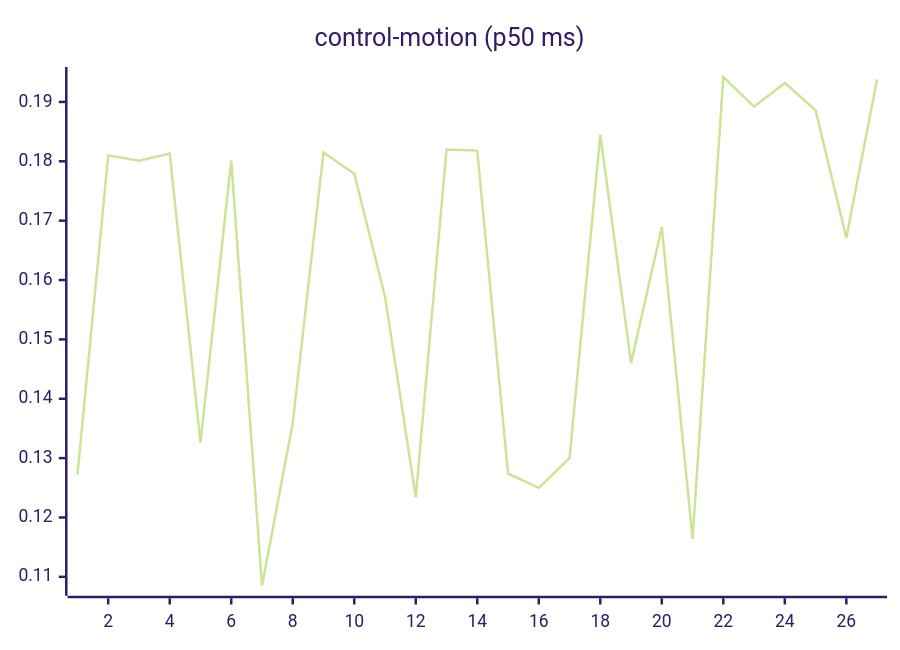
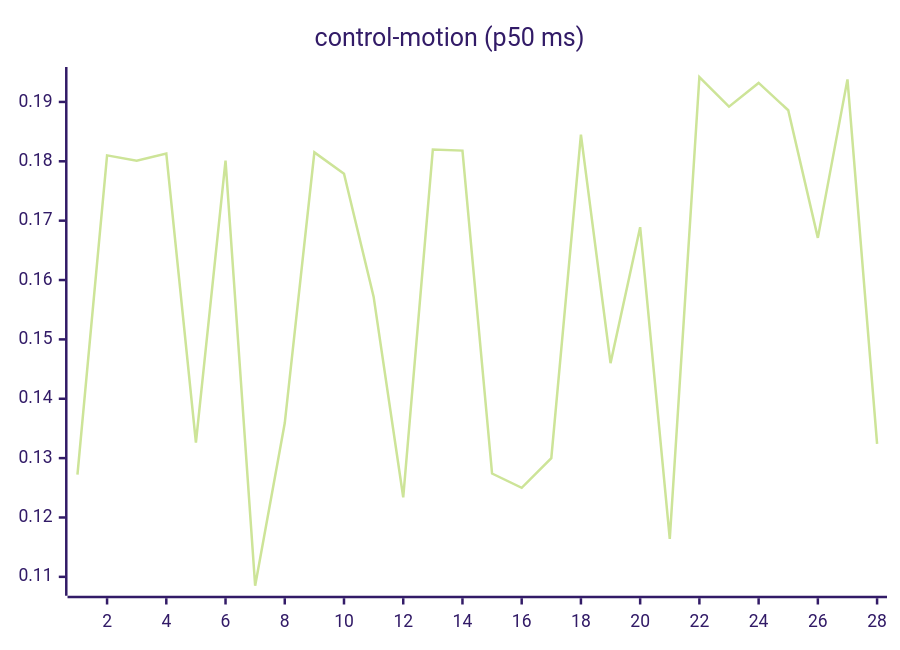
Before and after one commit to josha/Facet: the seventh of 27 diagrams in README.md, drawn with Mermaid (forest theme). The commit also changed other lines of this file and 2 other files, not shown here.

````diff
--- a/README.md
+++ b/README.md
@@ -105,6 +105,6 @@
 ```mermaid
 xychart-beta
     title "control-motion (p50 ms)"
-    x-axis 1 --> 27
-    line [0.1272, 0.1810, 0.1801, 0.1813, 0.1326, 0.1801, 0.1085, 0.1359, 0.1815, 0.1779, 0.1572, 0.1234, 0.1820, 0.1818, 0.1274, 0.1250, 0.1300, 0.1845, 0.1460, 0.1689, 0.1164, 0.1942, 0.1892, 0.1932, 0.1886, 0.1671, 0.1938]
+    x-axis 1 --> 28
+    line [0.1272, 0.1810, 0.1801, 0.1813, 0.1326, 0.1801, 0.1085, 0.1359, 0.1815, 0.1779, 0.1572, 0.1234, 0.1820, 0.1818, 0.1274, 0.1250, 0.1300, 0.1845, 0.1460, 0.1689, 0.1164, 0.1942, 0.1892, 0.1932, 0.1886, 0.1671, 0.1938, 0.1324]
 ```
````
